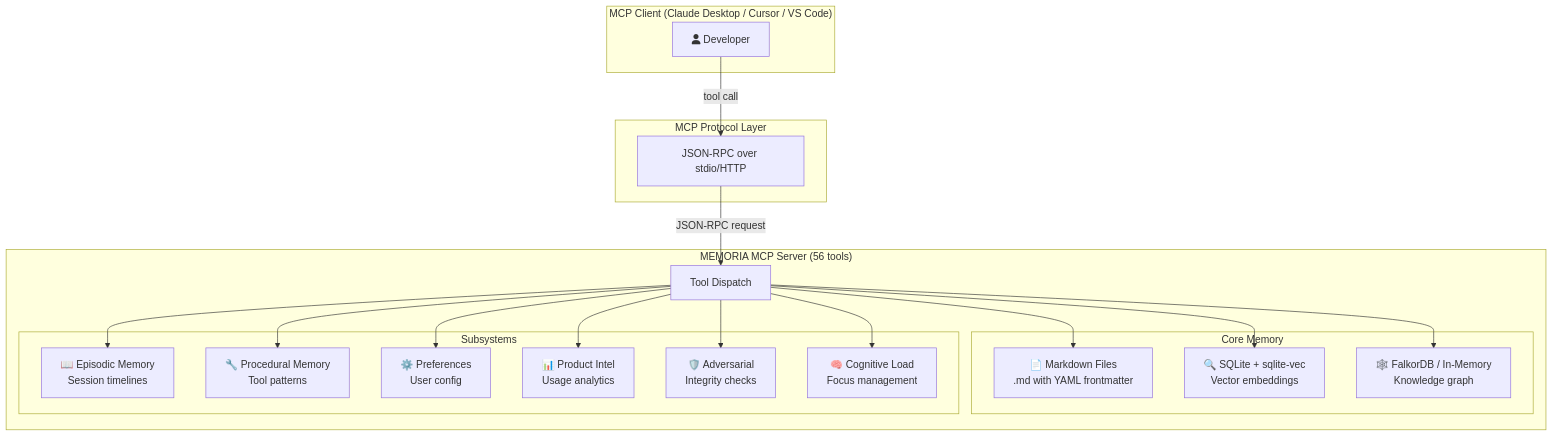
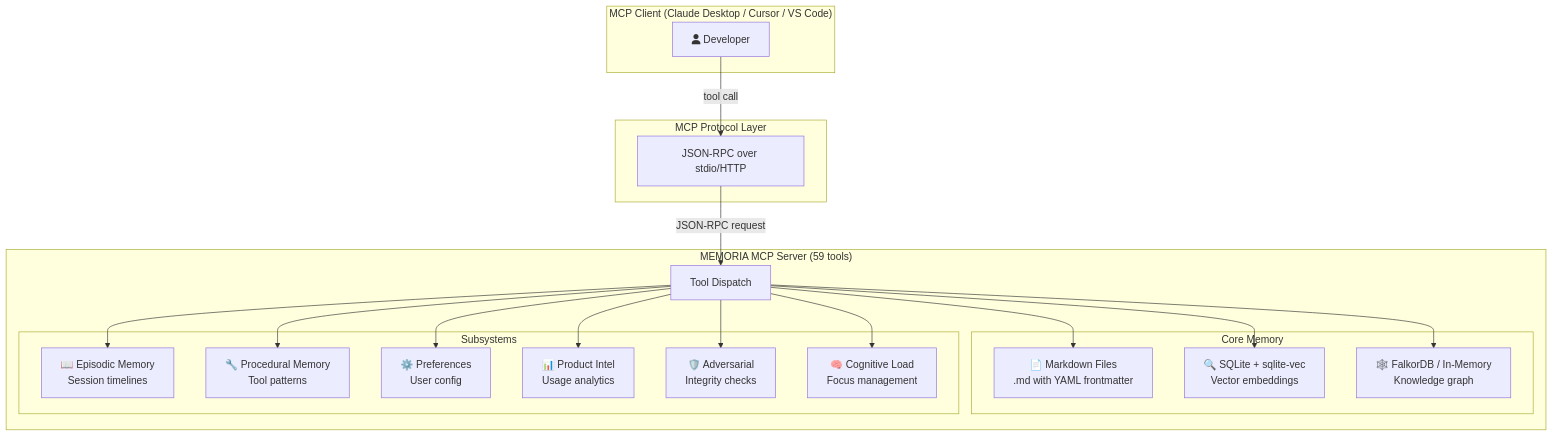
Before and after one commit to naicud/memor-ia: the first of 5 diagrams in docs/DATA_GUIDE.md, drawn with Mermaid. The commit also changed other lines of this file and 20 other files, not shown here.

````diff
--- a/docs/DATA_GUIDE.md
+++ b/docs/DATA_GUIDE.md
@@ -7,41 +7,41 @@
 ```mermaid
 graph TB
     subgraph "MCP Client (Claude Desktop / Cursor / VS Code)"
         USER[fa:fa-user Developer]
     end
 
     subgraph "MCP Protocol Layer"
         JSONRPC["JSON-RPC over stdio/HTTP"]
     end
 
-    subgraph "MEMORIA MCP Server (56 tools)"
+    subgraph "MEMORIA MCP Server (59 tools)"
         TOOLS["Tool Dispatch"]
 
         subgraph "Core Memory"
             MARKDOWN["📄 Markdown Files<br/>.md with YAML frontmatter"]
             VECTOR["🔍 SQLite + sqlite-vec<br/>Vector embeddings"]
             GRAPH["🕸️ FalkorDB / In-Memory<br/>Knowledge graph"]
         end
 
         subgraph "Subsystems"
             EPISODIC["📖 Episodic Memory<br/>Session timelines"]
             PROCEDURAL["🔧 Procedural Memory<br/>Tool patterns"]
             PREFERENCES["⚙️ Preferences<br/>User config"]
             PRODUCT["📊 Product Intel<br/>Usage analytics"]
             SAFETY["🛡️ Adversarial<br/>Integrity checks"]
             COGNITIVE["🧠 Cognitive Load<br/>Focus management"]
         end
     end
 
     USER -->|"tool call"| JSONRPC
     JSONRPC -->|"JSON-RPC request"| TOOLS
     TOOLS --> MARKDOWN
     TOOLS --> VECTOR
     TOOLS --> GRAPH
     TOOLS --> EPISODIC
     TOOLS --> PROCEDURAL
     TOOLS --> PREFERENCES
     TOOLS --> PRODUCT
     TOOLS --> SAFETY
     TOOLS --> COGNITIVE
 ```
````
